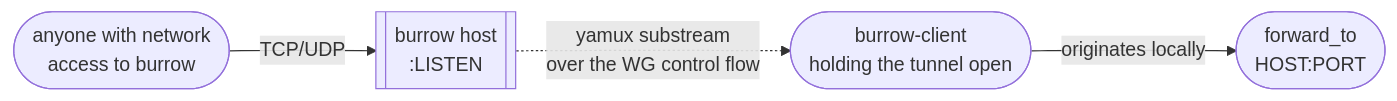
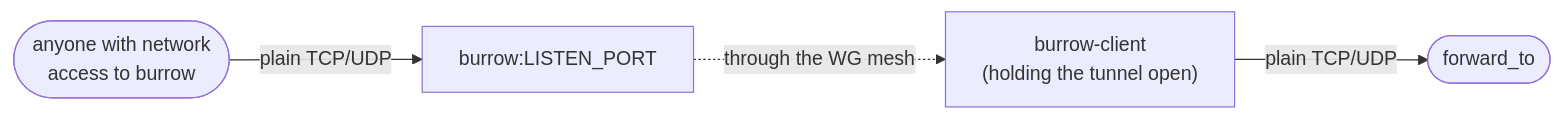
Before and after one commit to aimogging/burrow: the second of 2 diagrams in README.md, drawn with Mermaid. The commit also changed other lines of this file, not shown here.

Commit message:
docs: hostname example for tunnel forward_to + where DNS resolves

````diff
--- a/README.md
+++ b/README.md
@@ -35,6 +55,6 @@
 ```mermaid
 flowchart LR
-    caller([anyone with network<br/>access to burrow]) -->|TCP/UDP| listener[["burrow host<br/>:LISTEN"]]
-    listener -. "yamux substream<br/>over the WG control flow" .-> client([burrow-client<br/>holding the tunnel open])
-    client -->|originates locally| forward_to([forward_to<br/>HOST:PORT])
+    caller([anyone with network<br/>access to burrow]) -->|plain TCP/UDP| listener["burrow:LISTEN_PORT"]
+    listener -.->|through the WG mesh| client["burrow-client<br/>(holding the tunnel open)"]
+    client -->|plain TCP/UDP| dst([forward_to])
 ```
````
